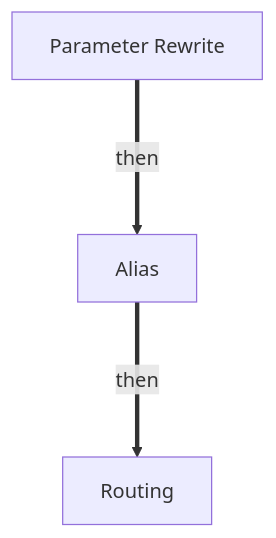
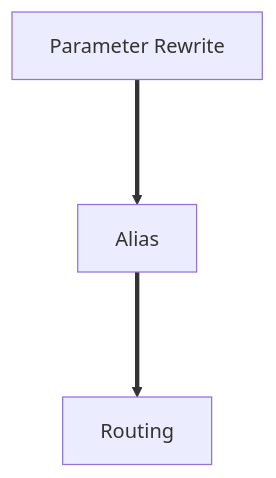
The diagram in docs/number-manipulation.md (connexcs/docs), drawn with Mermaid before and after one commit.

````diff
--- a/docs/number-manipulation.md
+++ b/docs/number-manipulation.md
@@ -13,4 +13,4 @@
 ```mermaid
 graph TD
-A[Parameter Rewrite] ===>|then| B[Alias] ===>|then| C[Routing]
+A[Parameter Rewrite] ===> B[Alias] ===> C[Routing]
 ```
````
